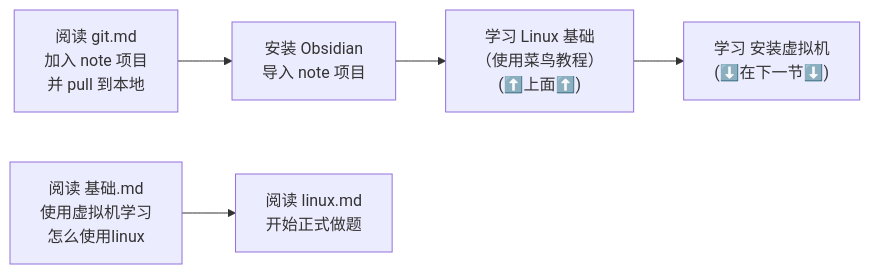
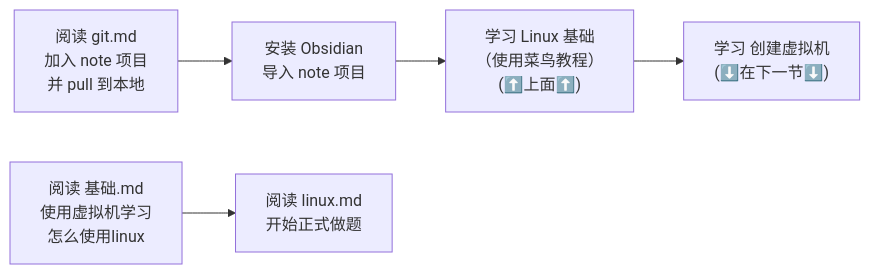
One commit to ICrazybabyI/note changed the first of 2 diagrams in linux_note/README_linux.md. Above: the diagram before and after it, drawn with Mermaid.

Commit message:
vault backup: 2026-06-24 08:09:09

````diff
--- a/linux_note/README_linux.md
+++ b/linux_note/README_linux.md
@@ -11,16 +11,16 @@
 ```mermaid
 
 graph LR
     A["阅读 git.md<br/>加入 note 项目<br/>并 pull 到本地"]
     B["安装 Obsidian<br/>导入 note 项目"]
     C["学习 Linux 基础<br/>（使用菜鸟教程）<br/>(⬆️上面⬆️)"]
-    D["学习 安装虚拟机<br/> (⬇️在下一节⬇️)"]
+    D["学习 创建虚拟机<br/> (⬇️在下一节⬇️)"]
 	E["阅读 基础.md <br/> 使用虚拟机学习 <br/>怎么使用linux"]
 	F["阅读 linux.md <br/>开始正式做题"]
 	
     A --> B --> C --> D
 	E --> F
 	
 click A href "http://192.168.31.245:8989/wlyw/note/-/blob/main/linux_note/git.md" _blank
 click C href "http://192.168.31.245:8083/"
 ```
````
